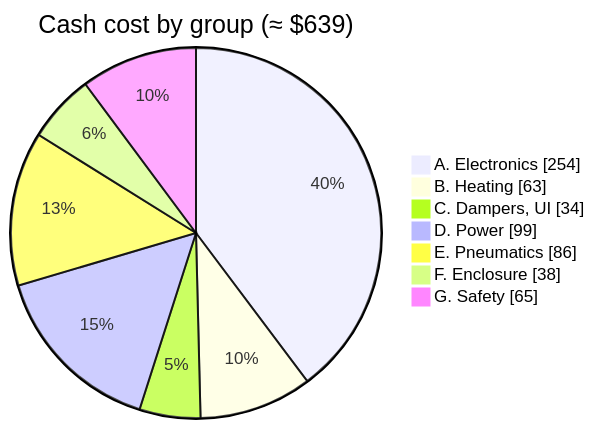
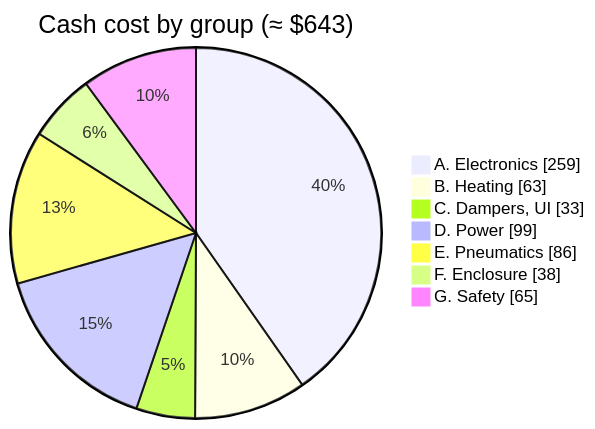
The diagram in docs/03_bill_of_materials.md (BashfulBits/3dp-fleet-exhaust), drawn with Mermaid before and after one commit. The commit also changed other lines of this file and 6 other files, not shown here.

````diff
--- a/docs/03_bill_of_materials.md
+++ b/docs/03_bill_of_materials.md
@@ -28,11 +28,11 @@
 ```mermaid
 pie showData
-  title Cash cost by group (≈ $639)
-  "A. Electronics" : 254
+  title Cash cost by group (≈ $643)
+  "A. Electronics" : 259
   "B. Heating" : 63
-  "C. Dampers, UI" : 34
+  "C. Dampers, UI" : 33
   "D. Power" : 99
   "E. Pneumatics" : 86
   "F. Enclosure" : 38
   "G. Safety" : 65
 ```
````
